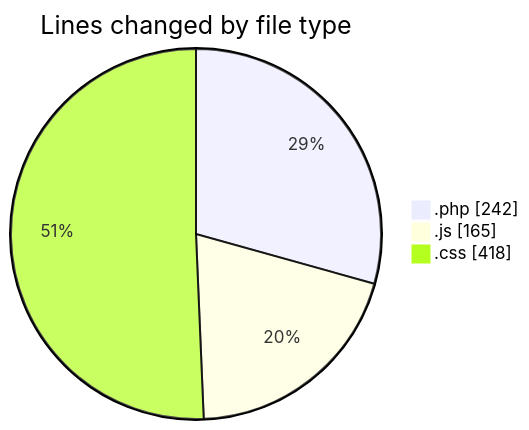
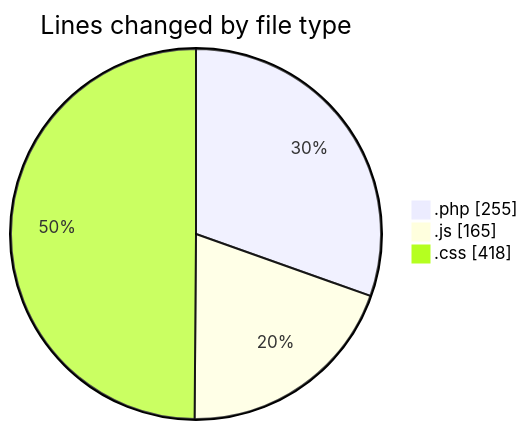
Before and after one commit to LanceThiago/code-tracking: the first of 2 diagrams in 2025-04-11/web/README.md, drawn with Mermaid. The commit also changed other lines of this file and 1 other file, not shown here.

````diff
--- a/2025-04-11/web/README.md
+++ b/2025-04-11/web/README.md
@@ -22,7 +22,7 @@
 ```mermaid
 pie showData
 title Lines changed by file type
-".php" : 242
+".php" : 255
 ".js" : 165
 ".css" : 418
 ```
````
